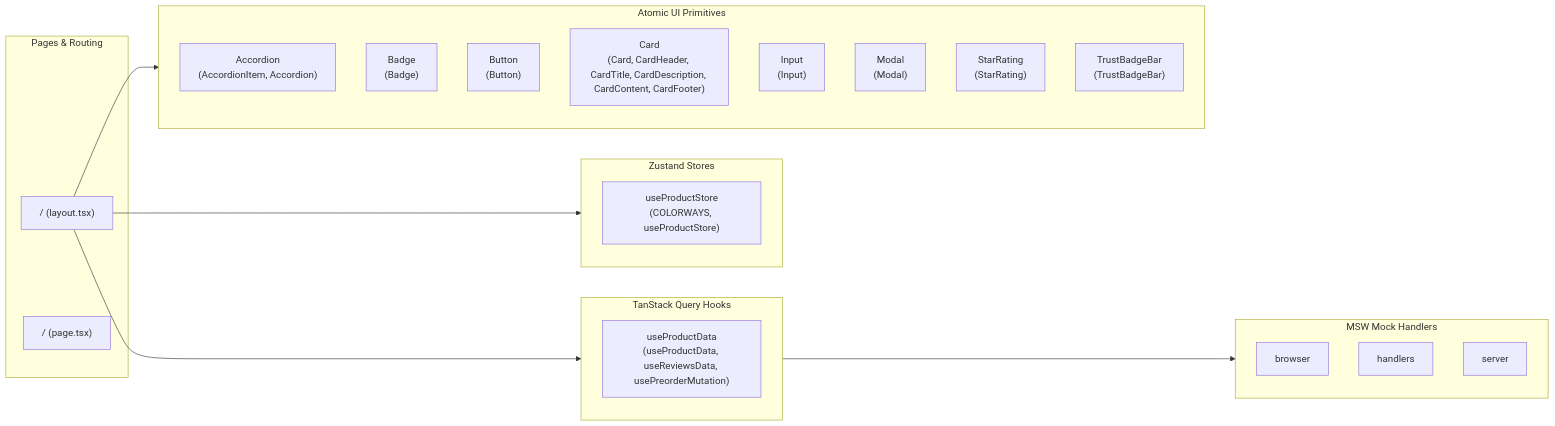
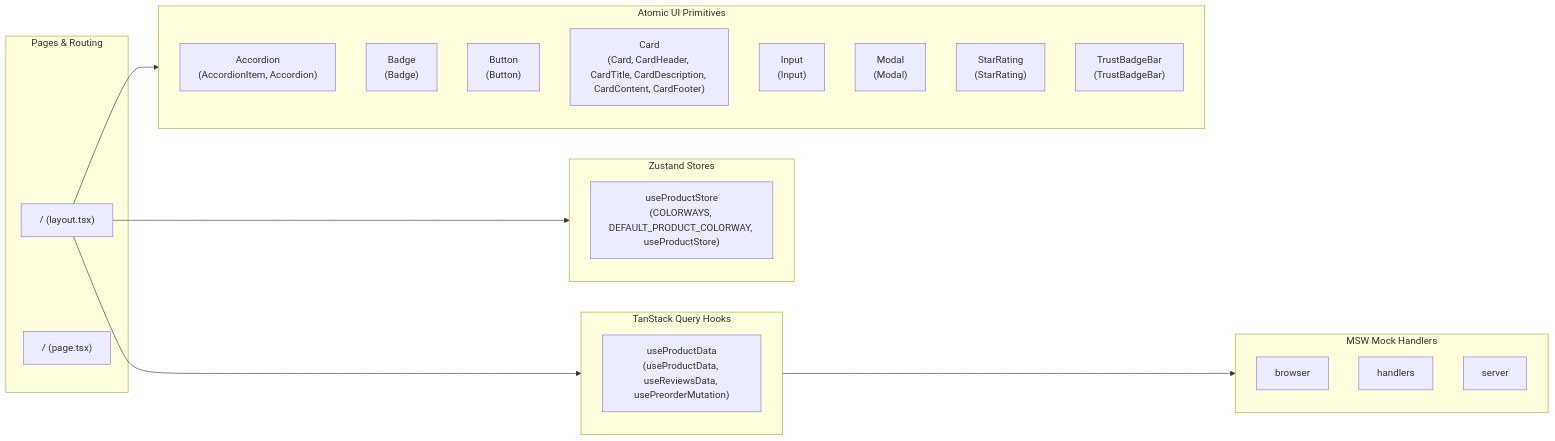
The third of 3 diagrams in ARCHITECTURE.md (calin-m/RoH-Sound), drawn with Mermaid before and after one commit. The commit also changed other lines of this file and 19 other files, not shown here.

````diff
--- a/ARCHITECTURE.md
+++ b/ARCHITECTURE.md
@@ -88,47 +88,47 @@
 ```mermaid
 flowchart LR
     subgraph Routes ["Pages & Routing"]
         Route_0["/ (layout.tsx)"]
         Route_1["/ (page.tsx)"]
     end
 
     subgraph Queries ["TanStack Query Hooks"]
         Query_0["useProductData
 (useProductData, useReviewsData, usePreorderMutation)"]
     end
 
     subgraph Stores ["Zustand Stores"]
         Store_0["useProductStore
-(COLORWAYS, useProductStore)"]
+(COLORWAYS, DEFAULT_PRODUCT_COLORWAY, useProductStore)"]
     end
 
     subgraph UIComponents ["Atomic UI Primitives"]
         UI_0["Accordion
 (AccordionItem, Accordion)"]
         UI_1["Badge
 (Badge)"]
         UI_2["Button
 (Button)"]
         UI_3["Card
 (Card, CardHeader, CardTitle, CardDescription, CardContent, CardFooter)"]
         UI_4["Input
 (Input)"]
         UI_5["Modal
 (Modal)"]
         UI_6["StarRating
 (StarRating)"]
         UI_7["TrustBadgeBar
 (TrustBadgeBar)"]
     end
 
     subgraph Mocks ["MSW Mock Handlers"]
         Mock_0["browser"]
         Mock_1["handlers"]
         Mock_2["server"]
     end
 
     Route_0 --> UIComponents
     Route_0 --> Stores
     Route_0 --> Queries
     Queries --> Mocks
 ```
````
